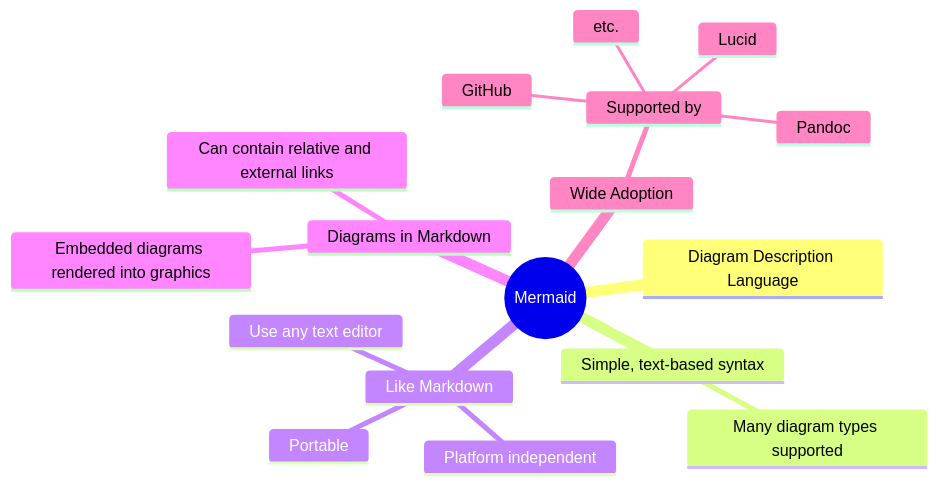
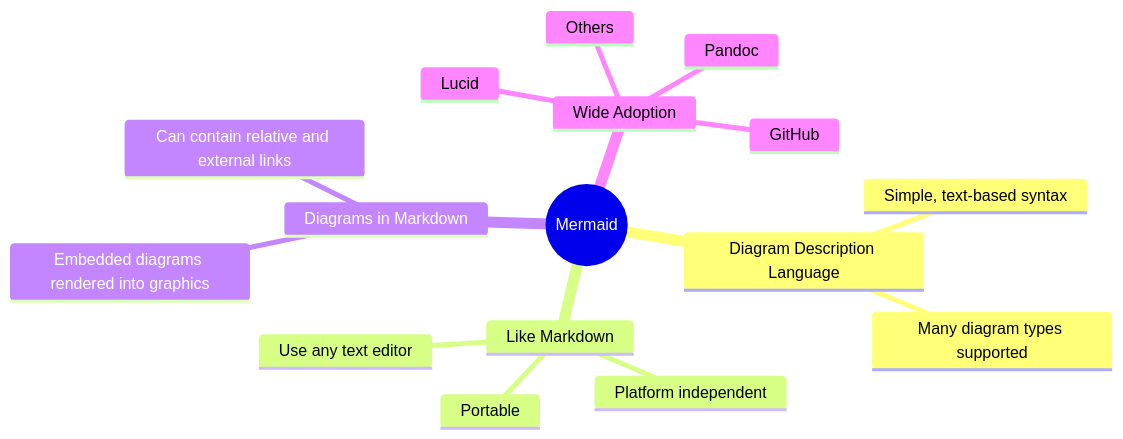
One commit to buckeye43210/markdown-to-snowkb changed the second of 7 diagrams in README.md. Above: the diagram before and after it, drawn with Mermaid.

Commit message:
revising document

````diff
--- a/README.md
+++ b/README.md
@@ -92,20 +92,19 @@
 ```mermaid
 mindmap
   root((Mermaid))
     Diagram Description Language
-    Simple, text-based syntax
+      Simple, text-based syntax
       Many diagram types supported
     Like Markdown
       Portable
       Platform independent
       Use any text editor
     Diagrams in Markdown
       Embedded diagrams rendered into graphics
       Can contain relative and external links
     Wide Adoption
-      Supported by
-        Lucid
-        GitHub
-        Pandoc
-        etc.
+      Lucid
+      GitHub
+      Pandoc
+      Others
 ```
````
